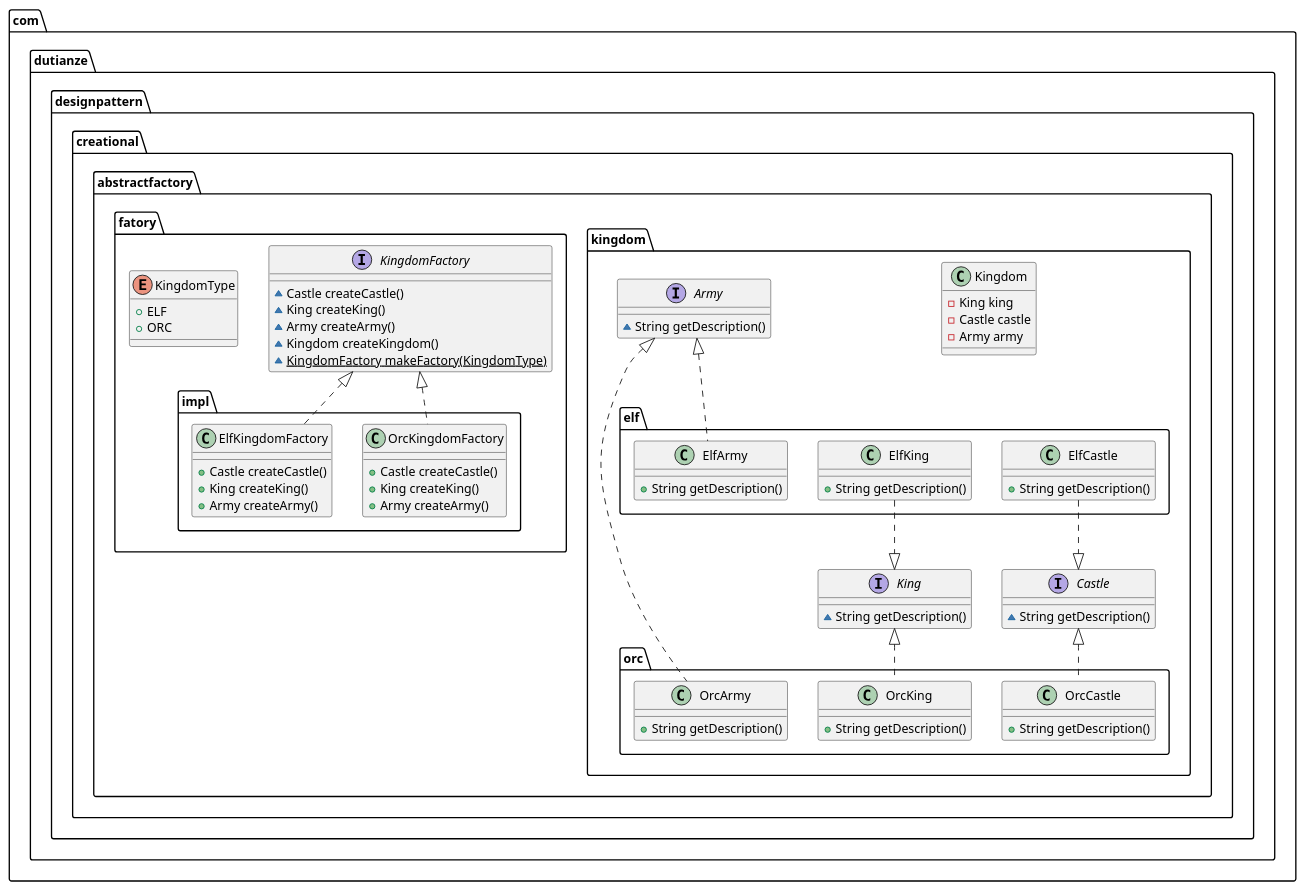
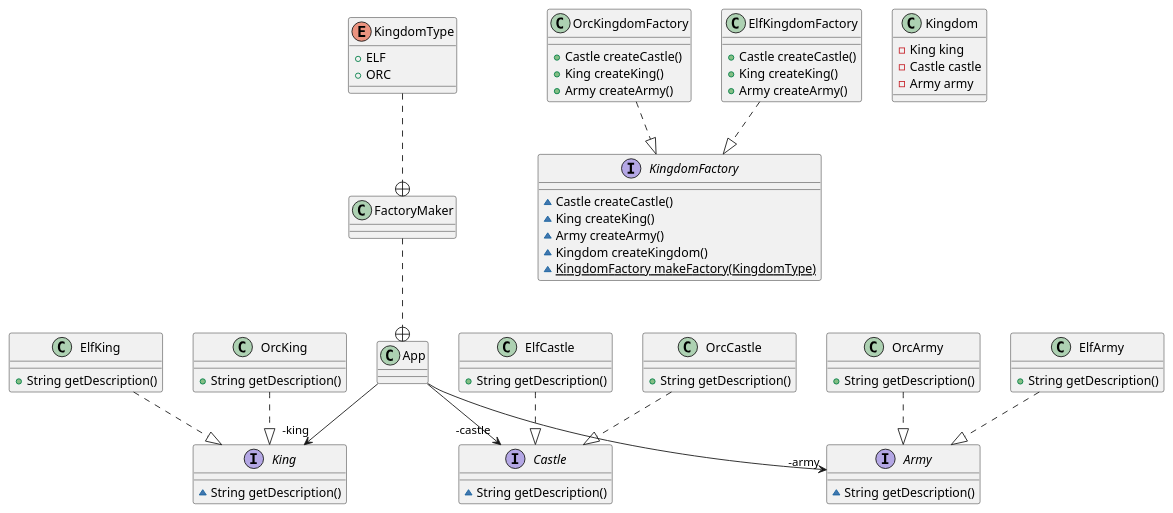
The diagram in design/design-pattern/src/main/java/com/dutianze/designpattern/creational/abstractfactory/abstractfactory.puml (duTianze/my-java), drawn with PlantUML before and after one commit. The commit also changed 12 other files, not shown here.

```diff
--- a/design/design-pattern/src/main/java/com/dutianze/designpattern/creational/abstractfactory/abstractfactory.puml
+++ b/design/design-pattern/src/main/java/com/dutianze/designpattern/creational/abstractfactory/abstractfactory.puml
@@ -1,65 +1,70 @@
 @startuml
-class com.dutianze.designpattern.creational.abstractfactory.kingdom.orc.OrcKing {
+class OrcKing {
 + String getDescription()
 }
-interface com.dutianze.designpattern.creational.abstractfactory.fatory.KingdomFactory {
+interface KingdomFactory {
 ~ Castle createCastle()
 ~ King createKing()
 ~ Army createArmy()
 ~ Kingdom createKingdom()
 ~ {static} KingdomFactory makeFactory(KingdomType)
 }
-enum com.dutianze.designpattern.creational.abstractfactory.fatory.KingdomType {
+enum KingdomType {
 +  ELF
 +  ORC
 }
-class com.dutianze.designpattern.creational.abstractfactory.kingdom.elf.ElfArmy {
+class ElfArmy {
 + String getDescription()
 }
-class com.dutianze.designpattern.creational.abstractfactory.fatory.impl.OrcKingdomFactory {
+class OrcKingdomFactory {
 + Castle createCastle()
 + King createKing()
 + Army createArmy()
 }
-interface com.dutianze.designpattern.creational.abstractfactory.kingdom.King {
+interface King {
 ~ String getDescription()
 }
-class com.dutianze.designpattern.creational.abstractfactory.kingdom.elf.ElfCastle {
+class ElfCastle {
 + String getDescription()
 }
-interface com.dutianze.designpattern.creational.abstractfactory.kingdom.Castle {
+interface Castle {
 ~ String getDescription()
 }
-class com.dutianze.designpattern.creational.abstractfactory.fatory.impl.ElfKingdomFactory {
+class ElfKingdomFactory {
 + Castle createCastle()
 + King createKing()
 + Army createArmy()
 }
-class com.dutianze.designpattern.creational.abstractfactory.kingdom.Kingdom {
+class Kingdom {
 - King king
 - Castle castle
 - Army army
 }
-class com.dutianze.designpattern.creational.abstractfactory.kingdom.elf.ElfKing {
+class ElfKing {
 + String getDescription()
 }
-interface com.dutianze.designpattern.creational.abstractfactory.kingdom.Army {
+interface Army {
 ~ String getDescription()
 }
-class com.dutianze.designpattern.creational.abstractfactory.kingdom.orc.OrcArmy {
+class OrcArmy {
 + String getDescription()
 }
-class com.dutianze.designpattern.creational.abstractfactory.kingdom.orc.OrcCastle {
+class OrcCastle {
 + String getDescription()
 }
 
 
-com.dutianze.designpattern.creational.abstractfactory.kingdom.King <|.. com.dutianze.designpattern.creational.abstractfactory.kingdom.orc.OrcKing
-com.dutianze.designpattern.creational.abstractfactory.kingdom.Army <|.. com.dutianze.designpattern.creational.abstractfactory.kingdom.elf.ElfArmy
-com.dutianze.designpattern.creational.abstractfactory.fatory.KingdomFactory <|.. com.dutianze.designpattern.creational.abstractfactory.fatory.impl.OrcKingdomFactory
-com.dutianze.designpattern.creational.abstractfactory.kingdom.Castle <|.up. com.dutianze.designpattern.creational.abstractfactory.kingdom.elf.ElfCastle
-com.dutianze.designpattern.creational.abstractfactory.fatory.KingdomFactory <|.. com.dutianze.designpattern.creational.abstractfactory.fatory.impl.ElfKingdomFactory
-com.dutianze.designpattern.creational.abstractfactory.kingdom.King <|.up. com.dutianze.designpattern.creational.abstractfactory.kingdom.elf.ElfKing
-com.dutianze.designpattern.creational.abstractfactory.kingdom.Army <|.. com.dutianze.designpattern.creational.abstractfactory.kingdom.orc.OrcArmy
-com.dutianze.designpattern.creational.abstractfactory.kingdom.Castle <|.. com.dutianze.designpattern.creational.abstractfactory.kingdom.orc.OrcCastle
+KingdomType ..+ FactoryMaker
+App -->  "-castle" Castle
+FactoryMaker ..+ App
+App -->  "-king" King
+App -->  "-army" Army
+ElfArmy ..|> Army
+ElfCastle ..|> Castle
+ElfKing ..|> King
+ElfKingdomFactory ..|> KingdomFactory
+OrcArmy ..|> Army
+OrcCastle ..|> Castle
+OrcKing ..|> King
+OrcKingdomFactory ..|> KingdomFactory
 @enduml
```
